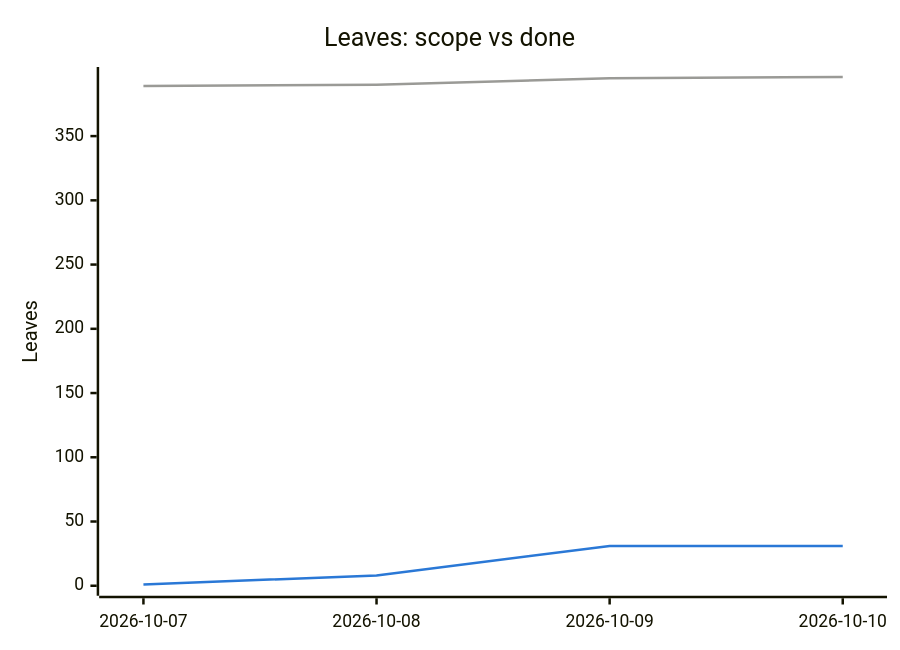
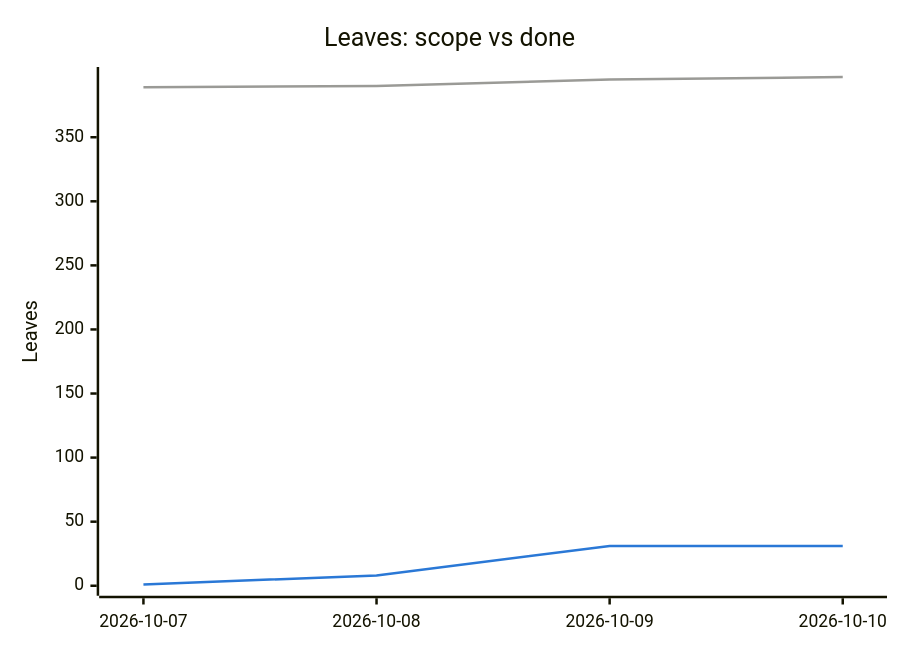
Before and after one commit to tomiok/persiaDB: the second of 2 diagrams in PROGRESS.md, drawn with Mermaid. The commit also changed other lines of this file and 22 other files, not shown here.

````diff
--- a/PROGRESS.md
+++ b/PROGRESS.md
@@ -118,14 +118,14 @@
 ```mermaid
 ---
 config:
   themeVariables:
     xyChart:
       plotColorPalette: "#9a9a96, #2a78d6"
 ---
 xychart-beta
   title "Leaves: scope vs done"
   x-axis ["2026-10-07", "2026-10-08", "2026-10-09", "2026-10-10"]
-  y-axis "Leaves" 0 --> 396
-  line [389, 390, 395, 396]
+  y-axis "Leaves" 0 --> 397
+  line [389, 390, 395, 397]
   line [1, 8, 31, 31]
 ```
````
